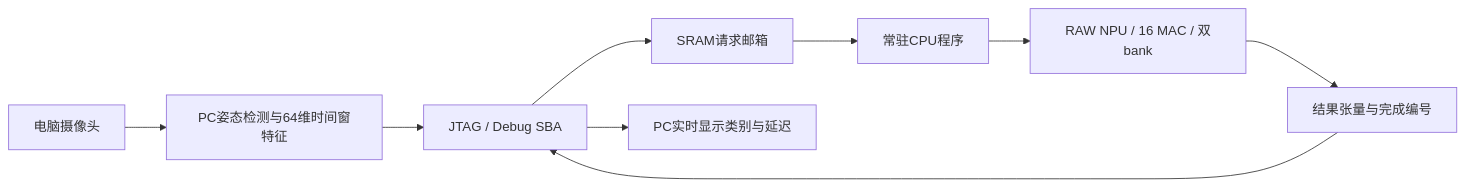
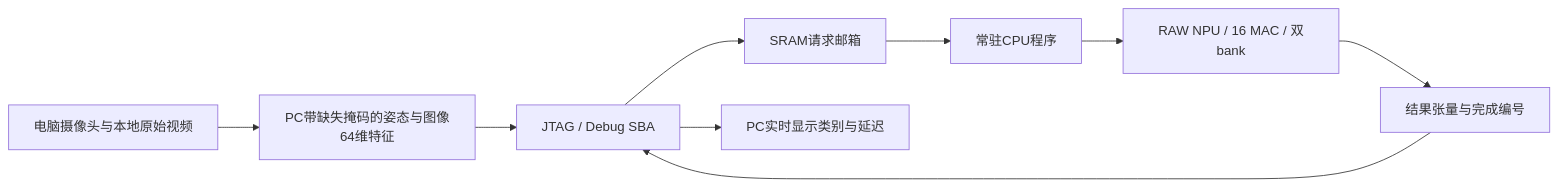
The diagram in fpga/demo/README.md (ChipDesign111/chip_design), drawn with Mermaid before and after one commit. The commit also changed other lines of this file and 14 other files, not shown here.

````diff
--- a/fpga/demo/README.md
+++ b/fpga/demo/README.md
@@ -5,11 +5,11 @@
 ```mermaid
 flowchart LR
-    A[电脑摄像头] --> B[PC姿态检测与64维时间窗特征]
+    A[电脑摄像头与本地原始视频] --> B[PC带缺失掩码的姿态与图像64维特征]
     B --> C[JTAG / Debug SBA]
     C --> D[SRAM请求邮箱]
     D --> E[常驻CPU程序]
     E --> F[RAW NPU / 16 MAC / 双bank]
     F --> G[结果张量与完成编号]
     G --> C
     C --> H[PC实时显示类别与延迟]
 ```
````
